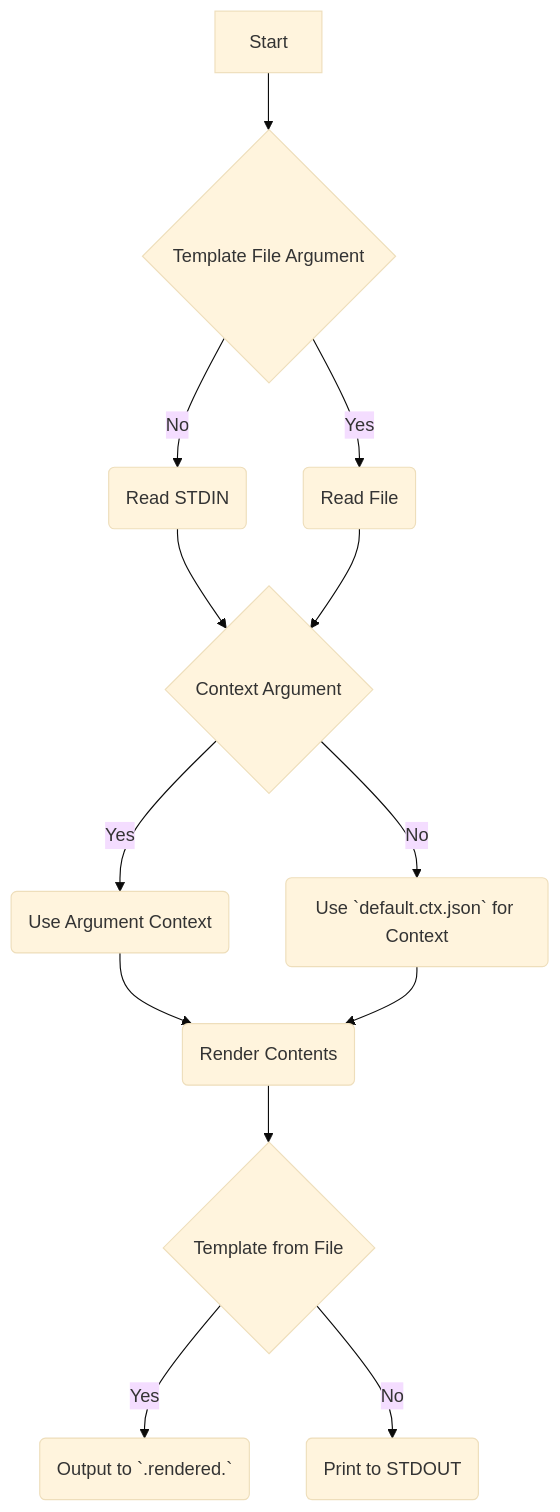
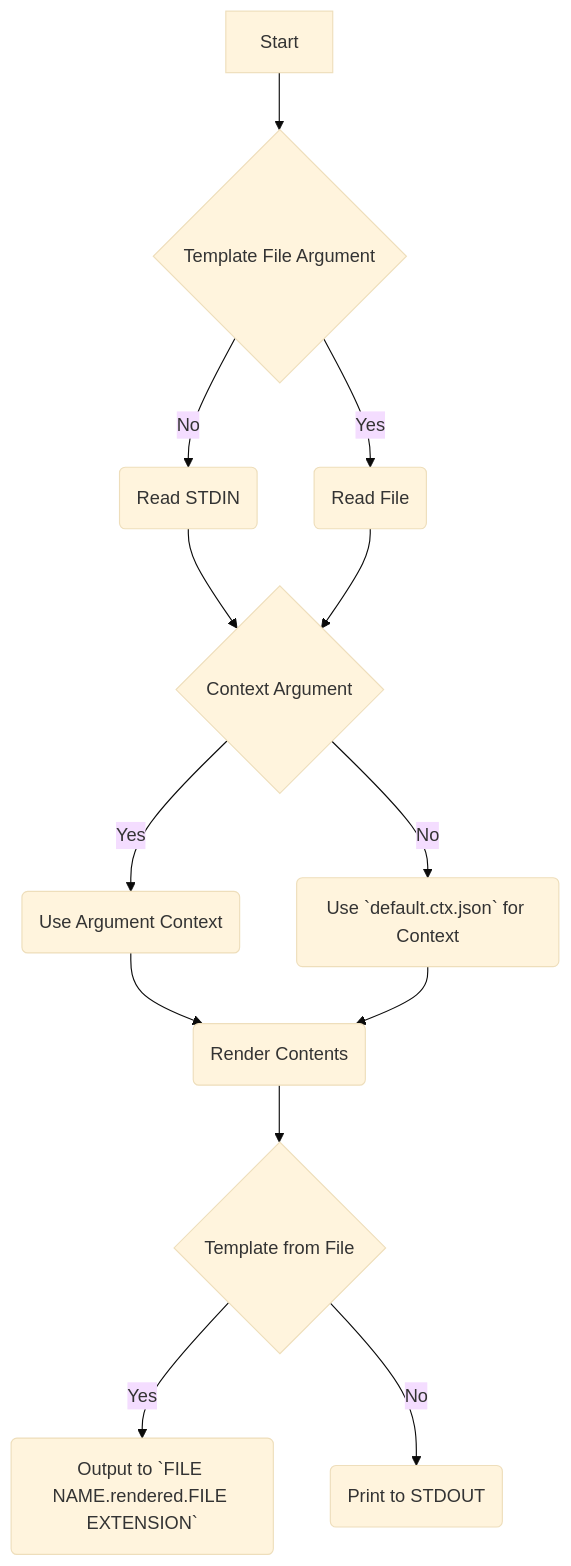
Before and after one commit to DK26/rendit: the diagram in rfcs/00-cli.md, drawn with Mermaid (base theme).

Commit message:
Updated CLI RFC Flowchart

````diff
--- a/rfcs/00-cli.md
+++ b/rfcs/00-cli.md
@@ -11,19 +11,19 @@
 ```mermaid
 graph TD;
     Z[Start]-->A;
     A{Template File Argument};
     A--> |Yes| B(Read File);
     A--> |No| F(Read STDIN);
     F-->C;
     B-->C;
     C{Context Argument};
     C--> |Yes| E(Use Argument Context);
     C--> |No| D(Use `default.ctx.json` for Context);
     E-->G;
     D-->G;
     G(Render Contents);
     G-->H;
     H{Template from File};
-    H-->|Yes|J(Output to `<FILE NAME>.rendered.<FILE EXTENSION>`);
+    H-->|Yes|J(Output to `FILE NAME.rendered.FILE EXTENSION`);
     H-->|No|K(Print to STDOUT);
 ```  
````
